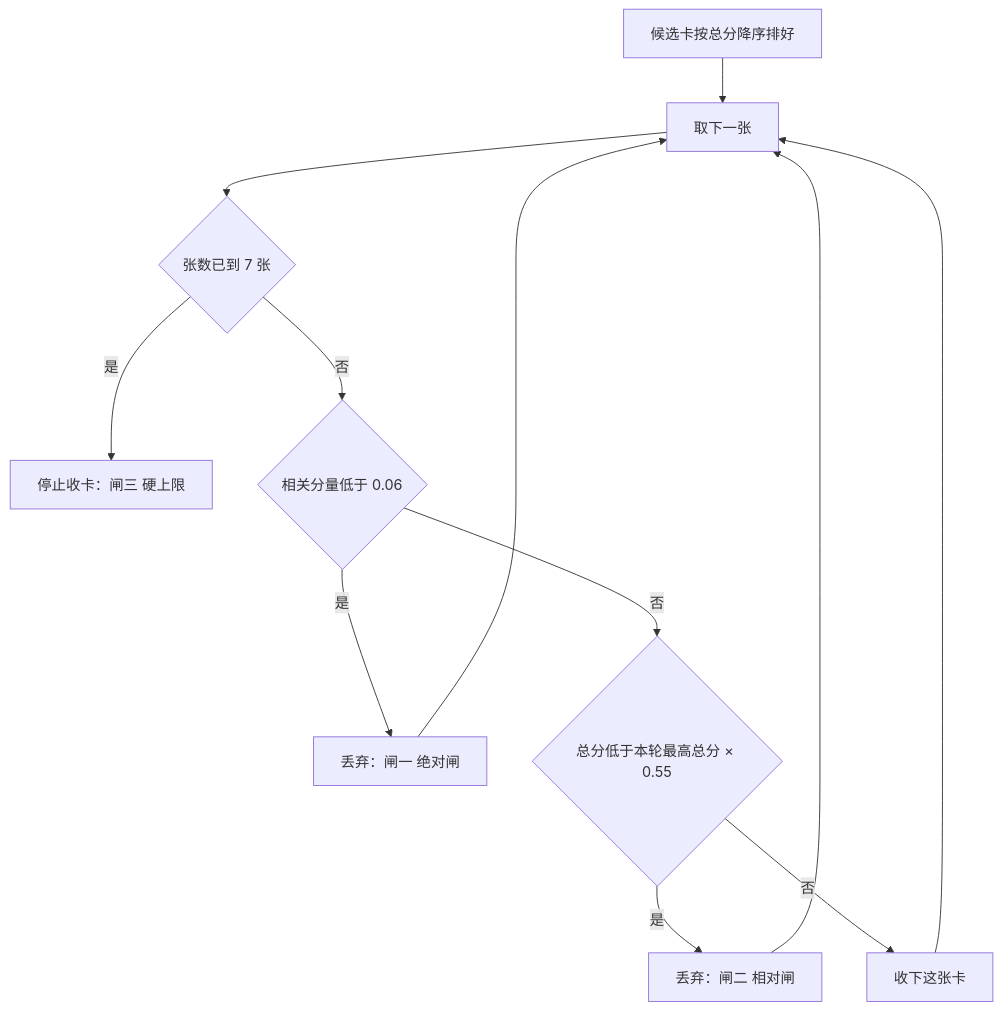
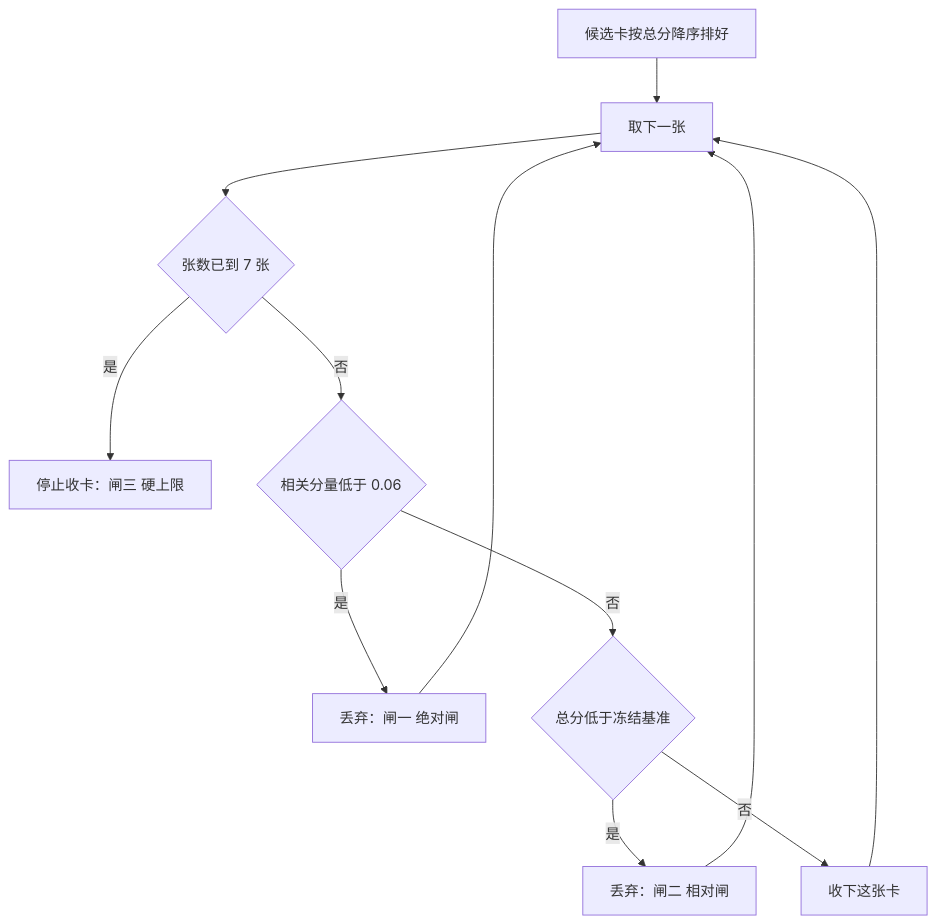
The first of 2 diagrams in docs/docs_new/06-召回链路.md (liruilong9999/memory), drawn with Mermaid before and after one commit. The commit also changed other lines of this file and 13 other files, not shown here.

````diff
--- a/docs/docs_new/06-召回链路.md
+++ b/docs/docs_new/06-召回链路.md
@@ -334,14 +333,14 @@
 ```mermaid
 flowchart TD
     A[候选卡按总分降序排好] --> B[取下一张]
     B --> C{张数已到 7 张}
     C -->|是| Z[停止收卡：闸三 硬上限]
     C -->|否| D{相关分量低于 0.06}
     D -->|是| E[丢弃：闸一 绝对闸]
-    D -->|否| F{总分低于本轮最高总分 × 0.55}
+    D -->|否| F{总分低于冻结基准}
     F -->|是| G[丢弃：闸二 相对闸]
     F -->|否| H[收下这张卡]
     E --> B
     G --> B
     H --> B
 ```
````
